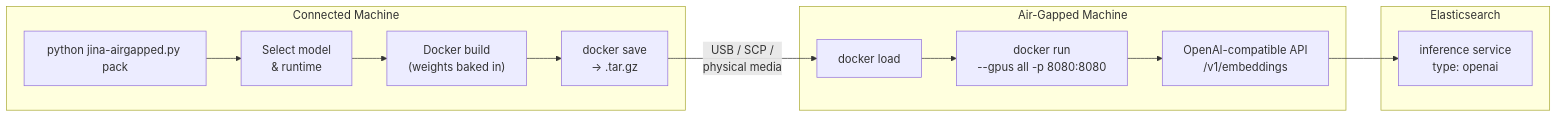
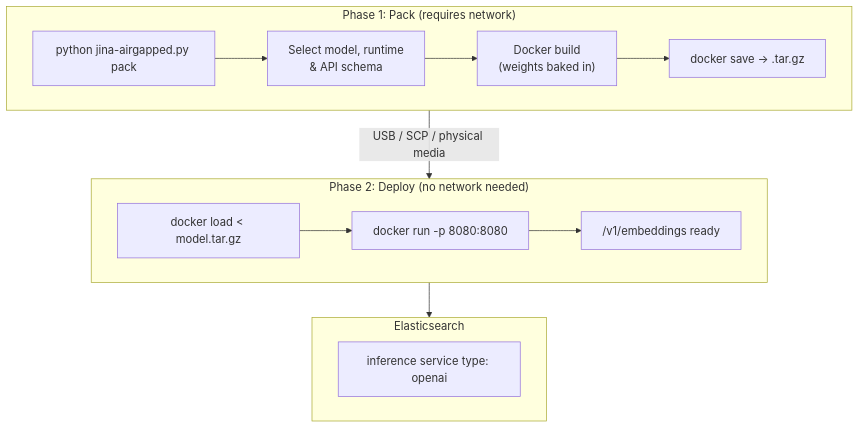
One commit to jina-ai/jina-on-prem changed the diagram in README.md. Above: the diagram before and after it, drawn with Mermaid.

Commit message:
vertical mermaid flow diagram

````diff
--- a/README.md
+++ b/README.md
@@ -5,19 +5,21 @@
 ```mermaid
-flowchart LR
-    subgraph Connected["Connected Machine"]
-        A["python jina-airgapped.py pack"] --> B["Select model\n& runtime"]
+flowchart TB
+    subgraph Connected["Phase 1: Pack (requires network)"]
+        A["python jina-airgapped.py pack"] --> B["Select model, runtime\n& API schema"]
         B --> C["Docker build\n(weights baked in)"]
-        C --> D["docker save\n→ .tar.gz"]
+        C --> D["docker save → .tar.gz"]
     end
 
-    D -- "USB / SCP / \nphysical media" --> E
+    Connected -->|"USB / SCP / physical media"| AirGapped
 
-    subgraph AirGapped["Air-Gapped Machine"]
-        E["docker load"] --> F["docker run\n--gpus all -p 8080:8080"]
-        F --> G["OpenAI-compatible API\n/v1/embeddings"]
+    subgraph AirGapped["Phase 2: Deploy (no network needed)"]
+        E["docker load < model.tar.gz"] --> F["docker run -p 8080:8080"]
+        F --> G["/v1/embeddings ready"]
     end
 
+    AirGapped --> ES
+
     subgraph ES["Elasticsearch"]
-        G --> H["inference service\ntype: openai"]
+        H["inference service type: openai"]
     end
 ```
````
